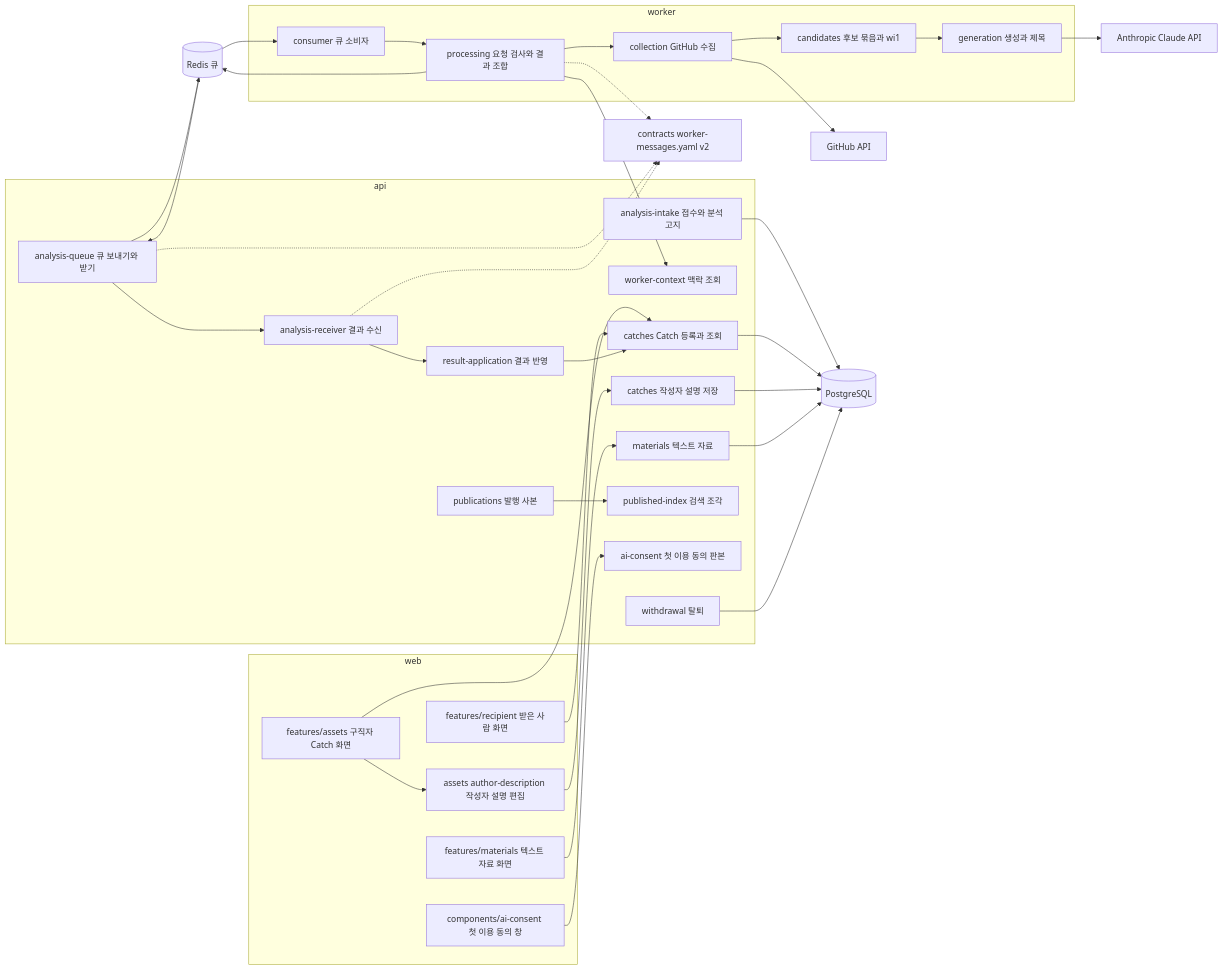
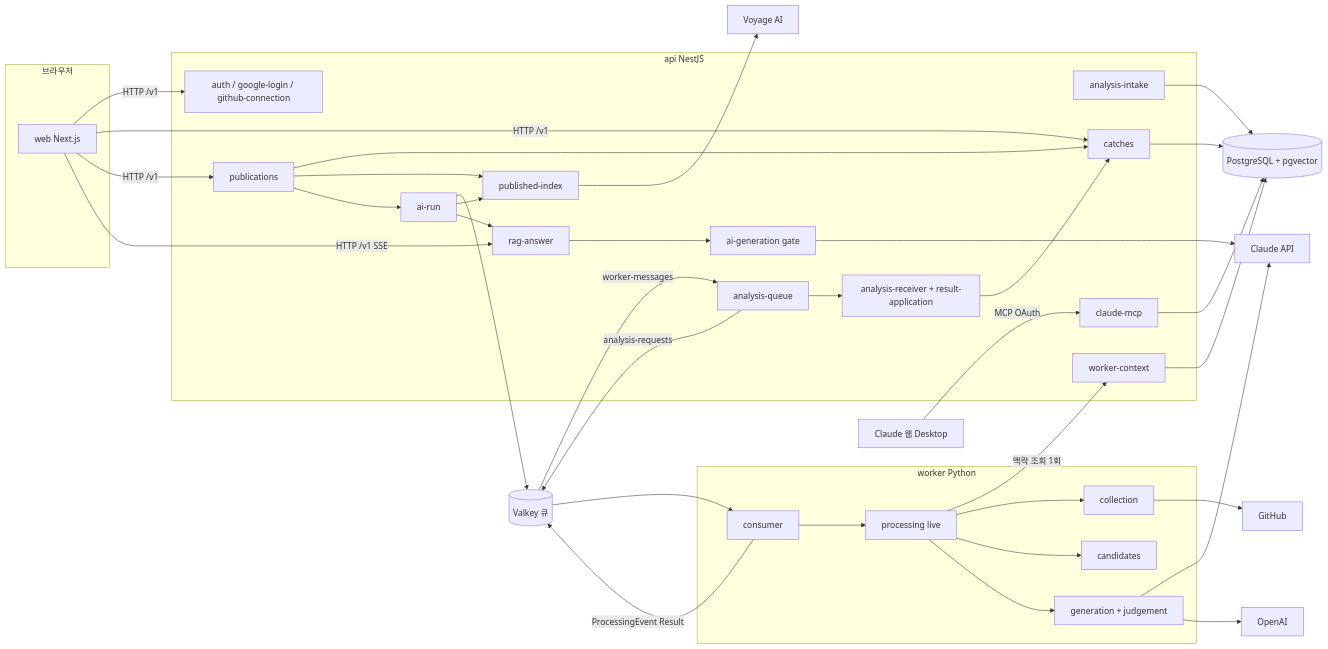
Before and after one commit to JminAILab/CatchU: the first of 4 diagrams in aidlc/spaces/default/codekb/CatchU/architecture.md, drawn with Mermaid. The commit also changed other lines of this file and 12 other files, not shown here.

````diff
--- a/aidlc/spaces/default/codekb/CatchU/architecture.md
+++ b/aidlc/spaces/default/codekb/CatchU/architecture.md
@@ -29,66 +26,67 @@
 ```mermaid
 flowchart LR
-  subgraph WEB["web"]
-    WA["features/assets 구직자 Catch 화면"]
-    WD2["assets author-description 작성자 설명 편집"]
-    WM["features/materials 텍스트 자료 화면"]
-    WR["features/recipient 받은 사람 화면"]
-    WC["components/ai-consent 첫 이용 동의 창"]
+  subgraph Browser["브라우저"]
+    W["web Next.js"]
   end
-  subgraph API["api"]
-    AI["analysis-intake 접수와 분석 고지"]
-    AQ["analysis-queue 큐 보내기와 받기"]
-    AX["worker-context 맥락 조회"]
-    AR["analysis-receiver 결과 수신"]
-    RA["result-application 결과 반영"]
-    CA["catches Catch 등록과 조회"]
-    AD["catches 작성자 설명 저장"]
-    MT["materials 텍스트 자료"]
-    PB["publications 발행 사본"]
-    PI["published-index 검색 조각"]
-    CN["ai-consent 첫 이용 동의 판본"]
-    WD["withdrawal 탈퇴"]
+  subgraph API["api NestJS"]
+    AUTH["auth / google-login / github-connection"]
+    INTAKE["analysis-intake"]
+    QUEUE["analysis-queue"]
+    RECV["analysis-receiver + result-application"]
+    CATCH["catches"]
+    PUB["publications"]
+    IDX["published-index"]
+    RAG["rag-answer"]
+    GATE["ai-generation gate"]
+    RUN["ai-run"]
+    MCP["claude-mcp"]
+    WCTX["worker-context"]
   end
-  subgraph WORKER["worker"]
-    WK["consumer 큐 소비자"]
-    PR["processing 요청 검사와 결과 조합"]
-    CO["collection GitHub 수집"]
-    CD["candidates 후보 묶음과 wi1"]
-    GE["generation 생성과 제목"]
+  subgraph WK["worker Python"]
+    CONS["consumer"]
+    PROC["processing live"]
+    COL["collection"]
+    CAND["candidates"]
+    GEN["generation + judgement"]
   end
-  CT["contracts worker-messages.yaml v2"]
-  GH["GitHub API"]
-  CL["Anthropic Claude API"]
-  DB[("PostgreSQL")]
-  RQ[("Redis 큐")]
+  DB[("PostgreSQL + pgvector")]
+  Q[("Valkey 큐")]
+  GH["GitHub"]
+  CL["Claude API"]
+  OA["OpenAI"]
+  VO["Voyage AI"]
+  CD["Claude 웹 Desktop"]
 
-  WA --> CA
-  WA --> WD2
-  WD2 --> AD
-  WM --> MT
-  WR --> CA
-  WC --> CN
-  AI --> DB
-  AQ --> RQ
-  RQ --> WK
-  WK --> PR
-  PR --> AX
-  PR --> CO
-  CO --> GH
-  CO --> CD
-  CD --> GE
-  GE --> CL
-  PR --> RQ
-  RQ --> AQ
-  AQ --> AR
-  AR --> RA
-  RA --> CA
-  CA --> DB
-  AD --> DB
-  MT --> DB
-  PB --> PI
-  WD --> DB
-  AQ -.-> CT
-  AR -.-> CT
-  PR -.-> CT
+  W -->|"HTTP /v1"| AUTH
+  W -->|"HTTP /v1"| CATCH
+  W -->|"HTTP /v1"| PUB
+  W -->|"HTTP /v1 SSE"| RAG
+  INTAKE --> DB
+  QUEUE -->|"analysis-requests"| Q
+  Q -->|"worker-messages"| QUEUE
+  QUEUE --> RECV
+  RECV --> CATCH
+  CATCH --> DB
+  PUB --> CATCH
+  PUB --> IDX
+  PUB --> RUN
+  RUN --> Q
+  RUN --> IDX
+  RUN --> RAG
+  IDX --> VO
+  RAG --> GATE
+  GATE --> CL
+  MCP --> DB
+  CD -->|"MCP OAuth"| MCP
+  Q --> CONS
+  CONS --> PROC
+  PROC -->|"맥락 조회 1회"| WCTX
+  WCTX --> DB
+  PROC --> COL
+  COL --> GH
+  PROC --> CAND
+  PROC --> GEN
+  GEN --> CL
+  GEN --> OA
+  CONS -->|"ProcessingEvent Result"| Q
 ```
````
